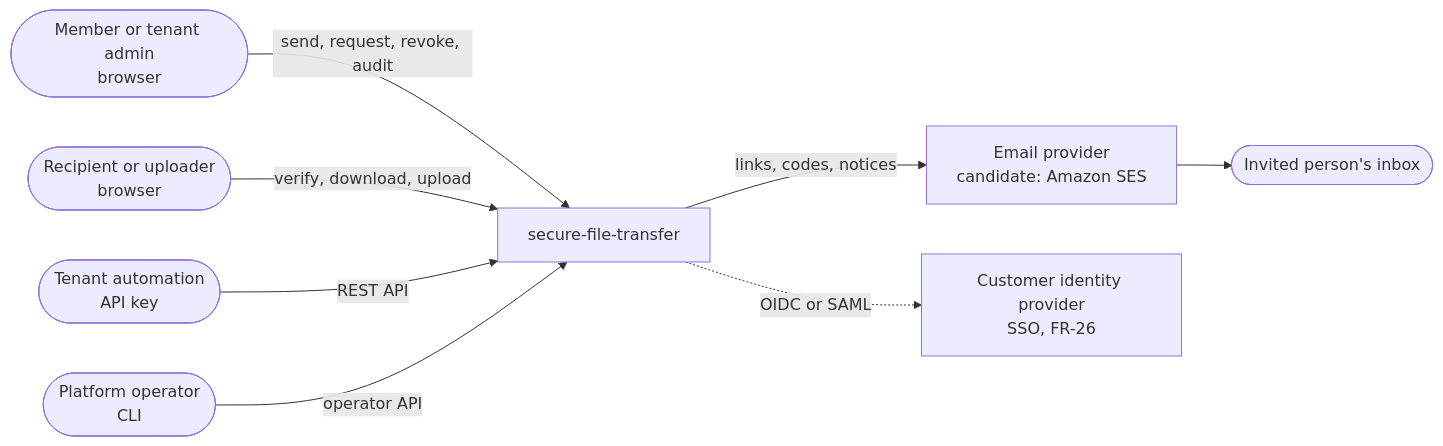
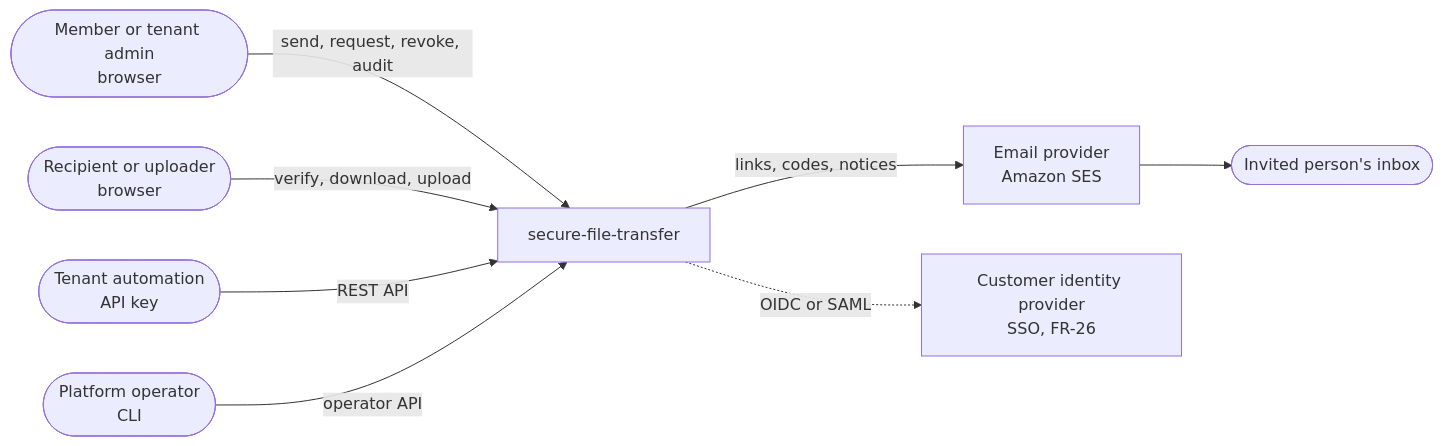
Before and after one commit to codewithmuh/secure-file-transfer: the first of 8 diagrams in docs/architecture.md, drawn with Mermaid. The commit also changed other lines of this file and 10 other files, not shown here.

````diff
--- a/docs/architecture.md
+++ b/docs/architecture.md
@@ -16,18 +18,18 @@
 ```mermaid
 flowchart LR
     member(["Member or tenant admin<br/>browser"])
     ext(["Recipient or uploader<br/>browser"])
     auto(["Tenant automation<br/>API key"])
     op(["Platform operator<br/>CLI"])
     sft["secure-file-transfer"]
-    email["Email provider<br/>candidate: Amazon SES"]
+    email["Email provider<br/>Amazon SES"]
     inbox(["Invited person's inbox"])
     idp["Customer identity provider<br/>SSO, FR-26"]
     member -->|"send, request, revoke, audit"| sft
     ext -->|"verify, download, upload"| sft
     auto -->|"REST API"| sft
     op -->|"operator API"| sft
     sft -->|"links, codes, notices"| email
     email --> inbox
     sft -.->|"OIDC or SAML"| idp
 ```
````
